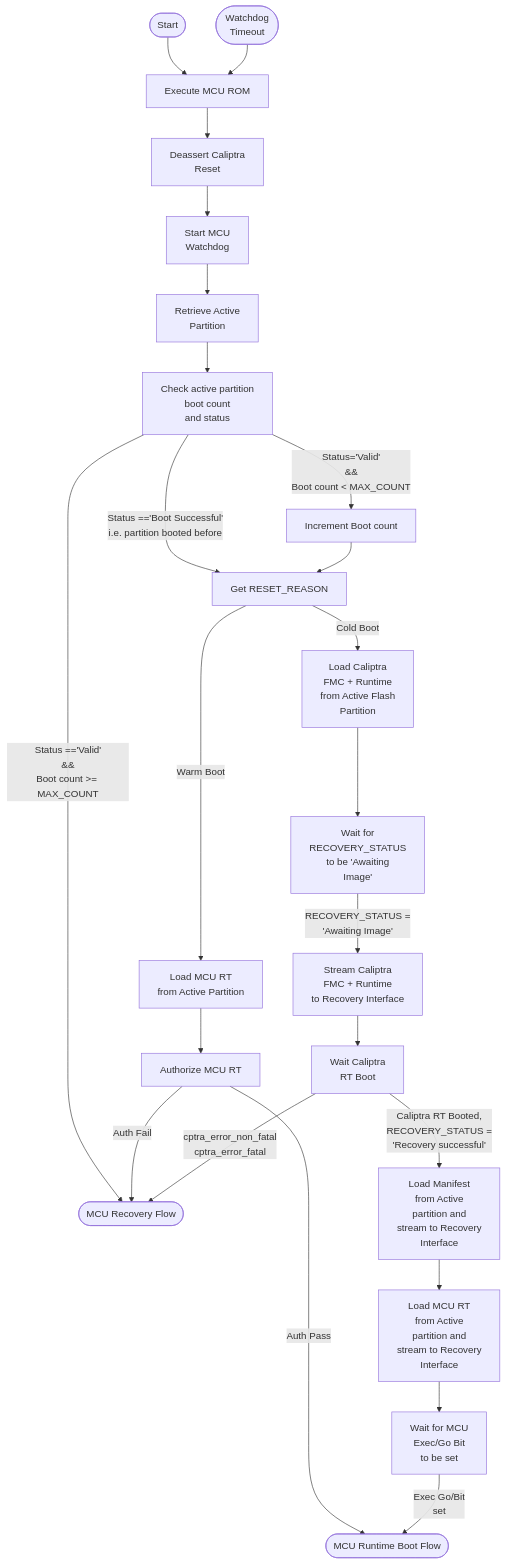
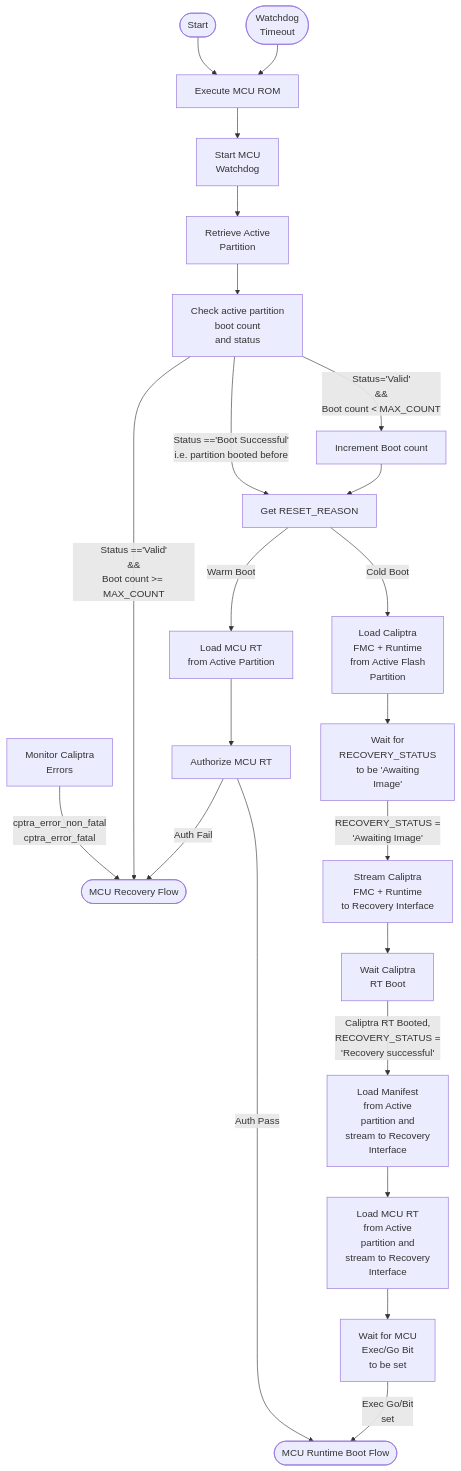
One commit to zhalvorsen/caliptra-mcu-sw changed the fifth of 7 diagrams in docs/src/image_loading.md. Above: the diagram before and after it, drawn with Mermaid. The commit also changed other lines of this file and 1 other file, not shown here.

First line of the commit message:
Update Recovery Boot Flow Doc (#214)

````diff
--- a/docs/src/image_loading.md
+++ b/docs/src/image_loading.md
@@ -371,33 +370,34 @@
 ```mermaid
 flowchart TD
     MCUFlow([Start])-->MCUROM
     TIMEOUT([Watchdog<br>Timeout])-->MCUROM
     MCUROM[Execute MCU ROM]
-    MCUROM-->DeassertCaliptraReset[Deassert Caliptra<br>Reset] --> StartMCUWD[Start MCU<br>Watchdog]-->
+    MCUROM --> StartMCUWD[Start MCU<br>Watchdog]-->
     READ_PART[Retrieve Active<br>Partition]-->CHECK_BOOT_COUNT
-
+    MonitorErrors[Monitor Caliptra<br>Errors] --> |cptra_error_non_fatal<br>cptra_error_fatal| Recover
     CHECK_BOOT_COUNT[Check active partition<br>boot count<br>and status] --> |Status =='Valid'<br>&&<br>Boot count >= MAX_COUNT| Recover
     CHECK_BOOT_COUNT --> |Status =='Boot Successful'<br>i.e. partition booted before| CHECK_RESET_REASON
     CHECK_BOOT_COUNT --> |Status='Valid'<br>&&<br>Boot count < MAX_COUNT| INCREMENT_COUNT[Increment Boot count] -->  CHECK_RESET_REASON
 
     CHECK_RESET_REASON[Get RESET_REASON]-->|Cold Boot|LoadFMC[Load Caliptra<br>FMC + Runtime<br>from Active Flash<br>Partition]
     CHECK_RESET_REASON-->|Warm Boot|LoadMCURTWarm[Load MCU RT<br>from Active Partition]-->AuthorizeMCURT[Authorize MCU RT]
 
     AuthorizeMCURT-->|Auth Pass|MCURTStart
     AuthorizeMCURT-->|Auth Fail|Recover
     LoadFMC --> WaitRecoveryReady[Wait for<br>RECOVERY_STATUS<br>to be 'Awaiting<br>Image']
         --> |RECOVERY_STATUS =<br>'Awaiting Image'| StreamFMC[Stream Caliptra<br>FMC + Runtime<br>to Recovery Interface]
     StreamFMC --> WaitForCaliptraBoot[Wait Caliptra<br>RT Boot]
 
-    WaitForCaliptraBoot --> |cptra_error_non_fatal<br>cptra_error_fatal| Recover
-    WaitForCaliptraBoot --> |Caliptra RT Booted,<br>RECOVERY_STATUS =<br>'Recovery successful'| StreamManifest[Load Manifest<br>from Active<br>partition and<br>stream to Recovery<br>Interface]
+
+
+    WaitForCaliptraBoot  --> |Caliptra RT Booted,<br>RECOVERY_STATUS =<br>'Recovery successful'| StreamManifest[Load Manifest<br>from Active<br>partition and<br>stream to Recovery<br>Interface]
         --> StreamMCURT[Load MCU RT<br>from Active<br>partition and<br>stream to Recovery<br>Interface]
 
     StreamMCURT--> WaitMCURTBoot[Wait for MCU<br>Exec/Go Bit<br>to be set]
 
     WaitMCURTBoot-->|Exec Go/Bit<br>set|MCURTStart([MCU Runtime Boot Flow])
 
 
     Recover([MCU Recovery Flow])
 
 ```
````
